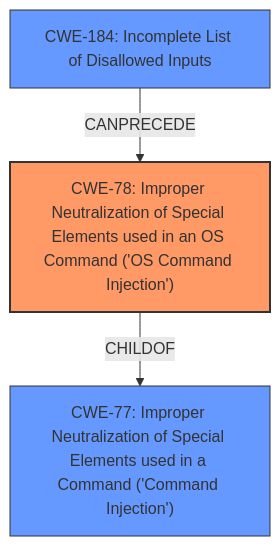
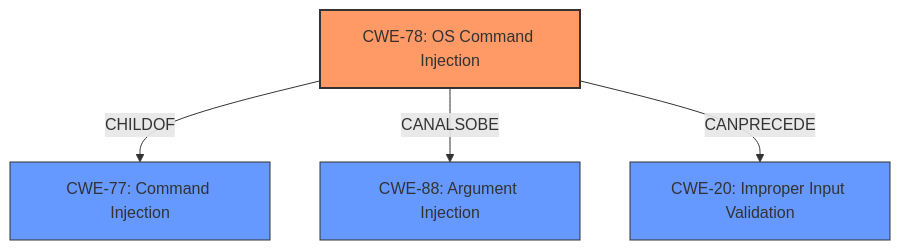
The diagram in CVE-2021-25297/CVE-2021-25297_analysis.md (CyberSecAI/cwe_agent_assign_reports_2023), drawn with Mermaid before and after one commit. The commit also changed other lines of this file and 902 other files, not shown here.

````diff
--- a/CVE-2021-25297/CVE-2021-25297_analysis.md
+++ b/CVE-2021-25297/CVE-2021-25297_analysis.md
@@ -18,15 +17,17 @@
 ```mermaid
 graph TD
-    cwe78["CWE-78: Improper Neutralization of Special Elements used in an OS Command ('OS Command Injection')"]
-    cwe77["CWE-77: Improper Neutralization of Special Elements used in a Command ('Command Injection')"]
-    cwe184["CWE-184: Incomplete List of Disallowed Inputs"]
+    cwe78["CWE-78: OS Command Injection"]
+    cwe77["CWE-77: Command Injection"]
+    cwe20["CWE-20: Improper Input Validation"]
+    cwe88["CWE-88: Argument Injection"]
     
     cwe78 -->|CHILDOF| cwe77
-    cwe184 -->|CANPRECEDE| cwe78
-    
+    cwe78 -->|CANALSOBE| cwe88
+    cwe78 -->|CANPRECEDE| cwe20
+
     classDef primary fill:#f96,stroke:#333,stroke-width:2px
     classDef secondary fill:#69f,stroke:#333
     classDef tertiary fill:#9e9,stroke:#333
     class cwe78 primary
-    class cwe77,cwe184 secondary
+    class cwe77,cwe20,cwe88 secondary
 ```
````
